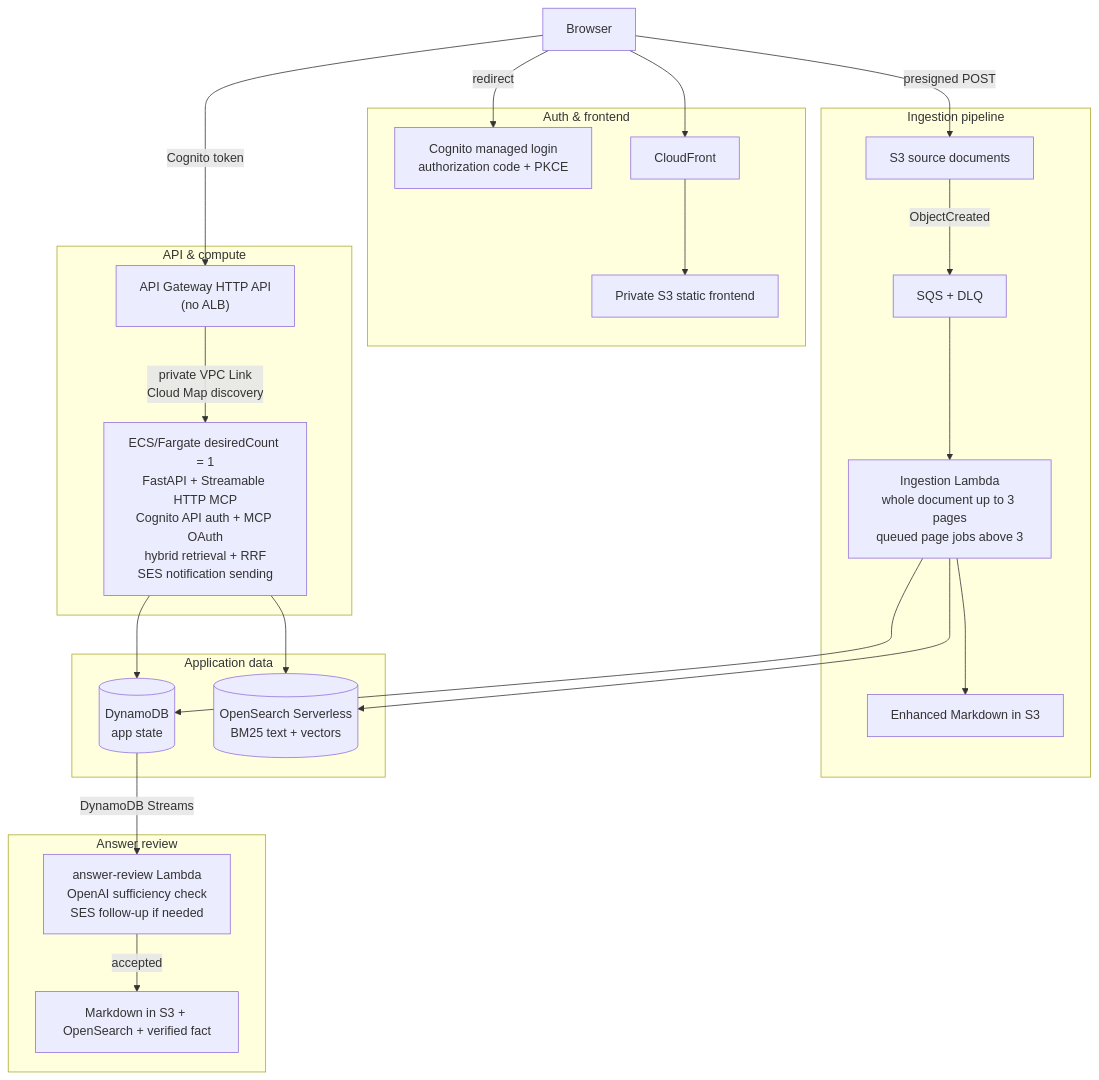
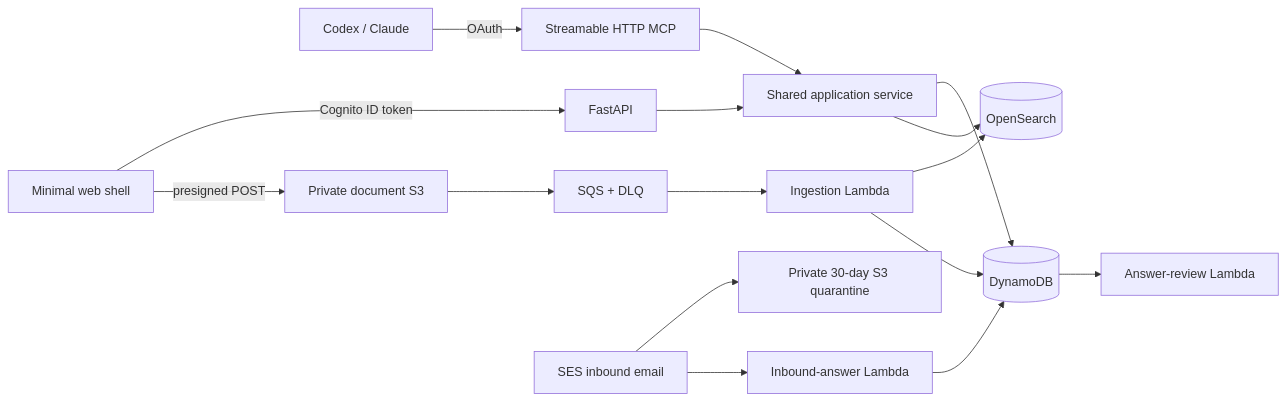
The diagram in README.md (EssenceSentry/relay), drawn with Mermaid before and after one commit. The commit also changed other lines of this file and 92 other files, not shown here.

````diff
--- a/README.md
+++ b/README.md
@@ -69,54 +32,18 @@
 ```mermaid
-flowchart TD
-    accTitle: Blend Knowledge MCP container architecture
-    accDescr: CloudFront serves the SPA and proxies MCP/OAuth routes; API Gateway forwards authenticated calls over a private VPC Link to a single ECS Fargate task running FastAPI and the MCP server; uploads land in S3 and flow through SQS to an ingestion Lambda that writes DynamoDB, OpenSearch, and enhanced Markdown; DynamoDB Streams trigger a review Lambda that promotes accepted expert answers into the same searchable stores.
-
-    Browser
-
-    subgraph auth["Auth & frontend"]
-        Cognito["Cognito managed login\nauthorization code + PKCE"]
-        CloudFront["CloudFront"]
-        Frontend["Private S3 static frontend"]
-    end
-
-    subgraph api["API & compute"]
-        APIGW["API Gateway HTTP API\n(no ALB)"]
-        Fargate["ECS/Fargate desiredCount = 1\nFastAPI + Streamable HTTP MCP\nCognito API auth + MCP OAuth\nhybrid retrieval + RRF\nSES notification sending"]
-    end
-
-    subgraph ingestion["Ingestion pipeline"]
-        SrcS3["S3 source documents"]
-        SQS["SQS + DLQ"]
-        IngestLambda["Ingestion Lambda\nwhole document up to 3 pages\nqueued page jobs above 3"]
-        EnhancedS3["Enhanced Markdown in S3"]
-    end
-
-    subgraph storage["Application data"]
-        Dynamo[("DynamoDB\napp state")]
-        OpenSearch[("OpenSearch Serverless\nBM25 text + vectors")]
-    end
-
-    subgraph review["Answer review"]
-        ReviewLambda["answer-review Lambda\nOpenAI sufficiency check\nSES follow-up if needed"]
-        Accepted["Markdown in S3 + OpenSearch + verified fact"]
-    end
-
-    Browser -->|Cognito token| APIGW
-    Browser -->|redirect| Cognito
-    Browser --> CloudFront
-    CloudFront --> Frontend
-    Browser -->|presigned POST| SrcS3
-
-    APIGW -->|private VPC Link\nCloud Map discovery| Fargate
-    Fargate --> Dynamo
-    Fargate --> OpenSearch
-
-    SrcS3 -->|ObjectCreated| SQS
-    SQS --> IngestLambda
-    IngestLambda --> Dynamo
-    IngestLambda --> OpenSearch
-    IngestLambda --> EnhancedS3
-
-    Dynamo -->|DynamoDB Streams| ReviewLambda
-    ReviewLambda -->|accepted| Accepted
+flowchart LR
+    Browser["Minimal web shell"] -->|Cognito ID token| API["FastAPI"]
+    Agent["Codex / Claude"] -->|OAuth| MCP["Streamable HTTP MCP"]
+    API --> App["Shared application service"]
+    MCP --> App
+    App --> Dynamo[("DynamoDB")]
+    App --> Search[("OpenSearch")]
+    Browser -->|presigned POST| Docs["Private document S3"]
+    Docs --> Queue["SQS + DLQ"]
+    Queue --> Ingest["Ingestion Lambda"]
+    Ingest --> Search
+    Ingest --> Dynamo
+    Email["SES inbound email"] --> Quarantine["Private 30-day S3 quarantine"]
+    Email --> Answer["Inbound-answer Lambda"]
+    Answer --> Dynamo
+    Dynamo --> Review["Answer-review Lambda"]
 ```
````
